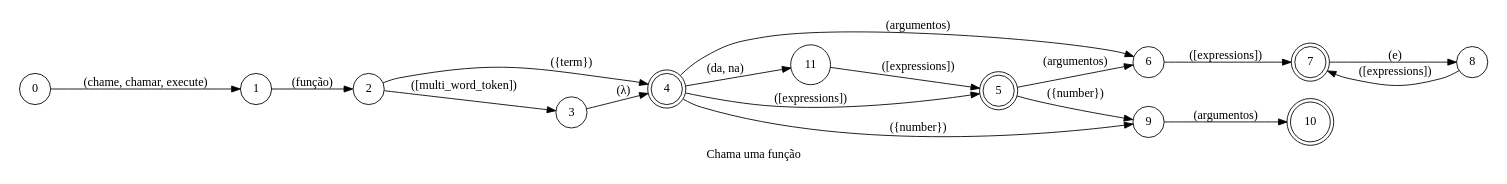
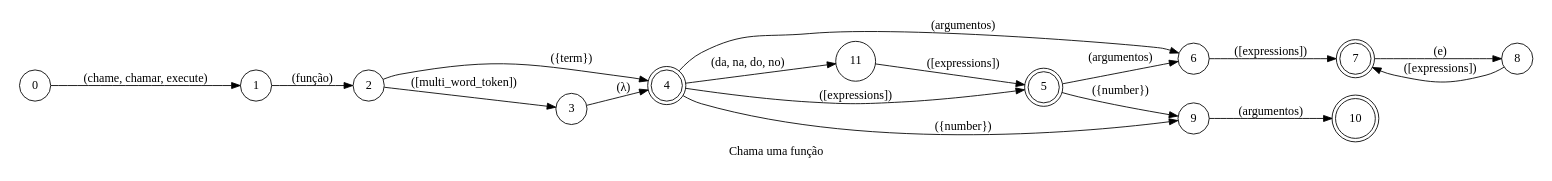
The diagram in spoken/src/modules/typescript/function_call/phrase_pt-BR.dot (pedrooaugusto/speech-to-code), drawn with Graphviz before and after one commit. The commit also changed 12 other files, not shown here.

```diff
--- a/spoken/src/modules/typescript/function_call/phrase_pt-BR.dot
+++ b/spoken/src/modules/typescript/function_call/phrase_pt-BR.dot
@@ -1,28 +1,28 @@
 digraph function_call {
     id="function_call";
     label="Chama uma função";
     lang="pt-BR";
     langName="Português";
     pad="0.2";
     rankdir=LR;
     priority="2";
     node[shape=doublecircle]; 4 5 7 10;
     node[shape=circle];
 
     0 -> 1 [label="(chame, chamar, execute)"];
     1 -> 2 [label="(função)"];
     2 -> 3 [label="([multi_word_token])", store=functionName, extraArgs="{\"case\": \"camel\"}"];
     3 -> 4 [label="(λ)"];
     2 -> 4 [label="({term})", store=functionName];
-    4 -> 11 [label="(da, na)"];
+    4 -> 11 [label="(da, na, do, no)"];
     {4 11} -> 5 [label="([expressions])", store=caller];
     {4 5} -> 6 [label="(argumentos)"];
     6 -> 7 [label="([expressions])", store=args];
     7 -> 8 [label="(e)"];
     8 -> 7 [label="([expressions])", store=args];
     {4 5} -> 9 [label="({number})", store=argsNumber];
     9 -> 10 [label="(argumentos)"];
 
     title="Chama uma função";
     desc="Chama uma função com os determinados argumentos no determinado caller";
 }
```
